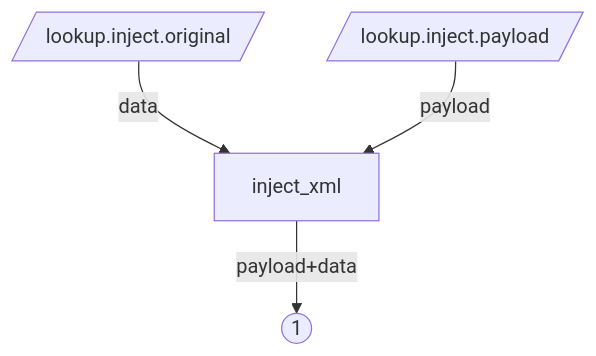
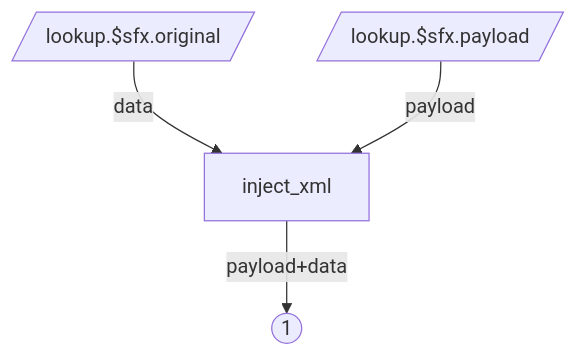
The fifth of 6 diagrams in docs/fr/filetypes.md (tibolpol/sealgood), drawn with Mermaid before and after one commit. The commit also changed other lines of this file and 18 other files, not shown here.

````diff
--- a/docs/fr/filetypes.md
+++ b/docs/fr/filetypes.md
@@ -294,8 +291,8 @@
 ```mermaid
 flowchart TB
-od[/lookup.inject.original/]
-pl[/lookup.inject.payload/]
+od[/lookup.$sfx.original/]
+pl[/lookup.$sfx.payload/]
 od -->|data| inject_xml
 pl -->|payload| inject_xml
 inject_xml -->|payload+data| l1((1))
 ```
````
